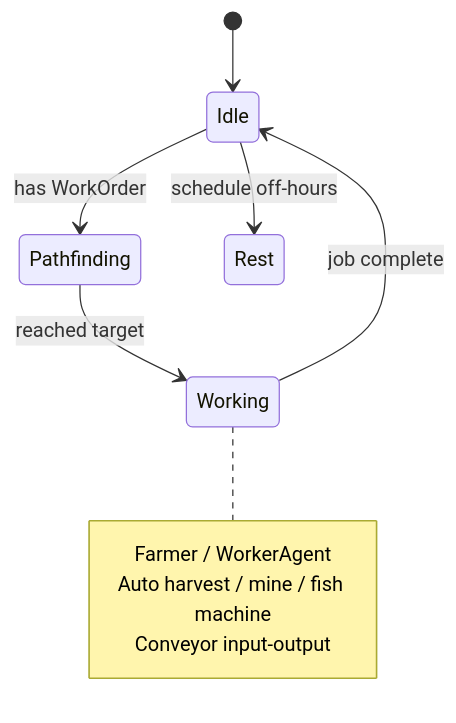
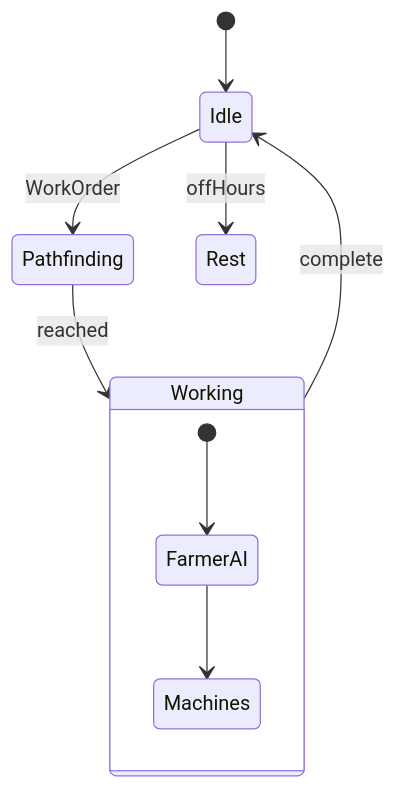
One commit to ducanhdev-lab/Farm-Simulator changed the eighth of 15 diagrams in Assets/_Game/Documentation/FARM_LIFE_DESIGN.md. Above: the diagram before and after it, drawn with Mermaid. The commit also changed other lines of this file and 24 other files, not shown here.

````diff
--- a/Assets/_Game/Documentation/FARM_LIFE_DESIGN.md
+++ b/Assets/_Game/Documentation/FARM_LIFE_DESIGN.md
@@ -281,14 +285,13 @@
 ```mermaid
 stateDiagram-v2
     [*] --> Idle
-    Idle --> Pathfinding: has WorkOrder
-    Pathfinding --> Working: reached target
-    Working --> Idle: job complete
-    Idle --> Rest: schedule off-hours
+    Idle --> Pathfinding: WorkOrder
+    Pathfinding --> Working: reached
+    Working --> Idle: complete
+    Idle --> Rest: offHours
 
-    note right of Working
-        Farmer / WorkerAgent
-        Auto harvest / mine / fish machine
-        Conveyor input-output
-    end note
+    state Working {
+        [*] --> FarmerAI
+        FarmerAI --> Machines
+    }
 ```
````
